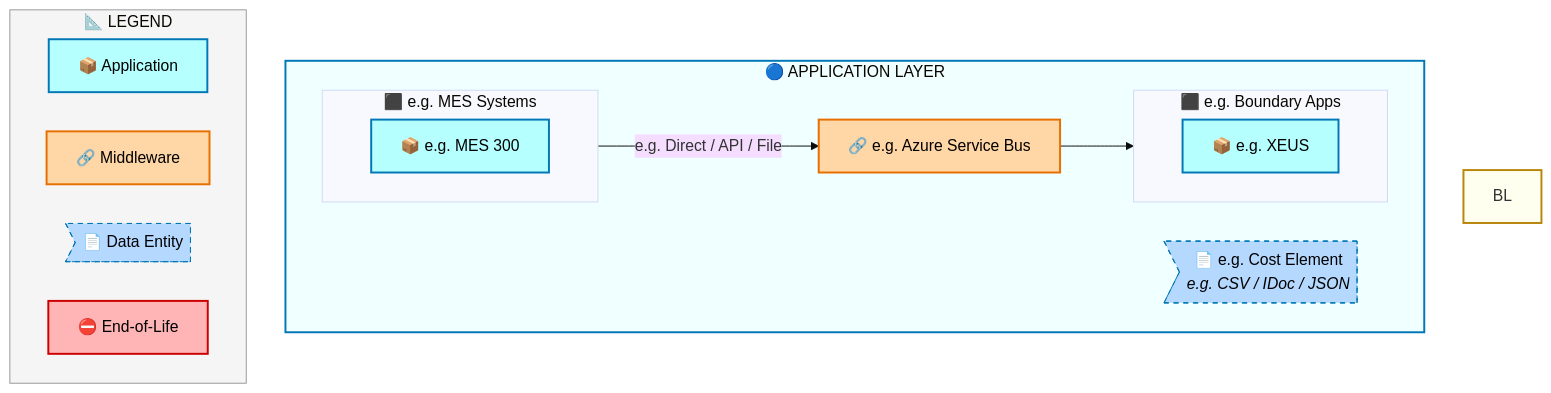
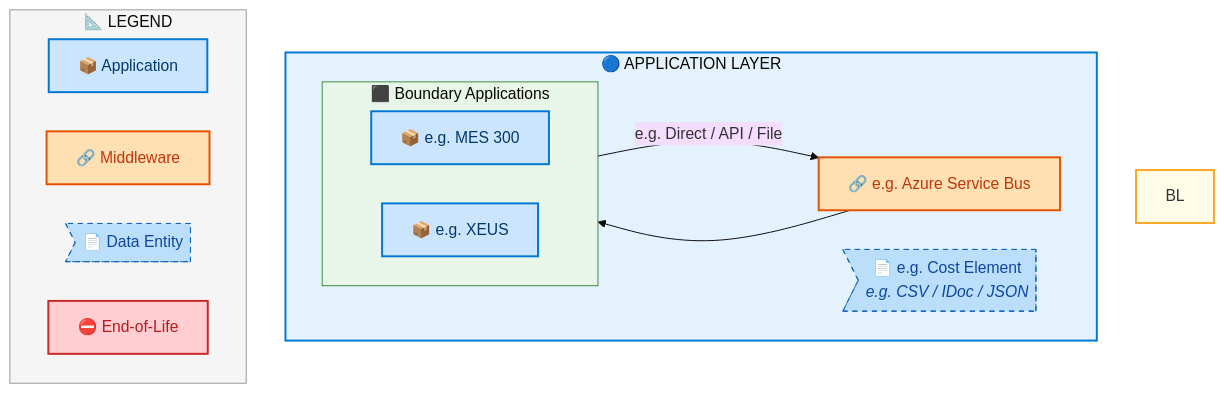
One commit to sajivfrancis777/IAO-Architecture changed the fifth of 8 diagrams in towers/E2E/Order to Cash/Order_to_Cash_IP/output/docs/systems-architecture/Order_to_Cash_IP-Architecture.md. Above: the diagram before and after it, drawn with Mermaid. The commit also changed other lines of this file and 394 other files, not shown here.

First line of the commit message:
feat: structured layer ordering for Mermaid architecture diagrams

````diff
--- a/towers/E2E/Order to Cash/Order_to_Cash_IP/output/docs/systems-architecture/Order_to_Cash_IP-Architecture.md
+++ b/towers/E2E/Order to Cash/Order_to_Cash_IP/output/docs/systems-architecture/Order_to_Cash_IP-Architecture.md
@@ -618,39 +625,42 @@
 ```mermaid
 %%{init: {"theme": "base", "securityLevel": "loose", "themeVariables": {"fontSize": "16px", "fontFamily": "Segoe UI, Arial, sans-serif"}, "flowchart": {"useMaxWidth": false, "htmlLabels": true, "nodeSpacing": 40, "rankSpacing": 50}} }%%
 flowchart TB
-    %% -- ArchiMate-inspired style classes --
-    classDef business      fill:#FFFFB5,stroke:#B8860B,stroke-width:2px,color:#000
-    classDef app           fill:#B5FFFF,stroke:#0077B6,stroke-width:2px,color:#000
-    classDef data          fill:#B5D8FF,stroke:#0077B6,stroke-width:1px,color:#000,stroke-dasharray: 5 5
-    classDef middleware    fill:#FFD6A5,stroke:#E76F00,stroke-width:2px,color:#000
-    classDef eol           fill:#FFB5B5,stroke:#CC0000,stroke-width:2px,color:#000
+    %% -- ArchiMate 3.2 + Azure style classes --
+    classDef business      fill:#FFFFB3,stroke:#F9A825,stroke-width:2px,color:#000
+    classDef app           fill:#CCE5FF,stroke:#0078D4,stroke-width:2px,color:#003A6C
+    classDef data          fill:#BBDEFB,stroke:#1565C0,stroke-width:1px,color:#0D47A1,stroke-dasharray: 5 5
+    classDef middleware    fill:#FFE0B2,stroke:#E65100,stroke-width:2px,color:#BF360C
+    classDef eol           fill:#FFCDD2,stroke:#C62828,stroke-width:2px,color:#B71C1C
+    classDef saas          fill:#E1BEE7,stroke:#7B1FA2,stroke-width:2px,color:#4A148C
+    classDef cloud         fill:#BBDEFB,stroke:#1565C0,stroke-width:2px,color:#0D47A1
+    classDef onprem        fill:#C8E6C9,stroke:#2E7D32,stroke-width:2px,color:#1B5E20
 
     subgraph AL["🔵 APPLICATION LAYER"]
         direction LR
-        subgraph Order_to_Cash_IPCLN_e_g_Boundary_Apps[" ⬛ e.g. Boundary Apps"]
-            direction LR
-            Order_to_Cash_IPC_e_g_XEUS["📦 e.g. XEUS"]:::app
-        end
-        subgraph Order_to_Cash_IPCLN_e_g_MES_Systems[" ⬛ e.g. MES Systems"]
+        subgraph Order_to_Cash_IPCLN_Boundary_Applications[" ⬛ Boundary Applications"]
             direction LR
             Order_to_Cash_IPC_e_g_MES_300["📦 e.g. MES 300"]:::app
+            Order_to_Cash_IPC_e_g_XEUS["📦 e.g. XEUS"]:::app
         end
         Order_to_Cash_IPCMW_e_g_Azure_Service_Bus["🔗 e.g. Azure Service Bus"]:::middleware
         Order_to_Cash_IPCDE_e_g_Cost_Element>"📄 e.g. Cost Element<br/><i>e.g. CSV / IDoc / JSON</i>"]:::data
     end
 
     Order_to_Cash_IPC_e_g_MES_300 -->|"e.g. Direct / API / File"| Order_to_Cash_IPCMW_e_g_Azure_Service_Bus
     Order_to_Cash_IPCMW_e_g_Azure_Service_Bus --> Order_to_Cash_IPC_e_g_XEUS
 
-    style BL fill:#FFFFF0,stroke:#B8860B,stroke-width:2px
-    style AL fill:#F0FFFF,stroke:#0077B6,stroke-width:2px
+
+    style BL fill:#FFFDE7,stroke:#F9A825,stroke-width:2px
+    style AL fill:#E3F2FD,stroke:#0078D4,stroke-width:2px
+
+    style Order_to_Cash_IPCLN_Boundary_Applications fill:#E8F5E9,stroke:#388E3C,stroke-width:1px
 
     subgraph Legend["📐 LEGEND"]
         direction LR
         L_APP["📦 Application"]:::app
         L_MW["🔗 Middleware"]:::middleware
         L_DE>"📄 Data Entity"]:::data
         L_EOL["⛔ End-of-Life"]:::eol
     end
     style Legend fill:#F5F5F5,stroke:#999,stroke-width:1px
 ```
````
